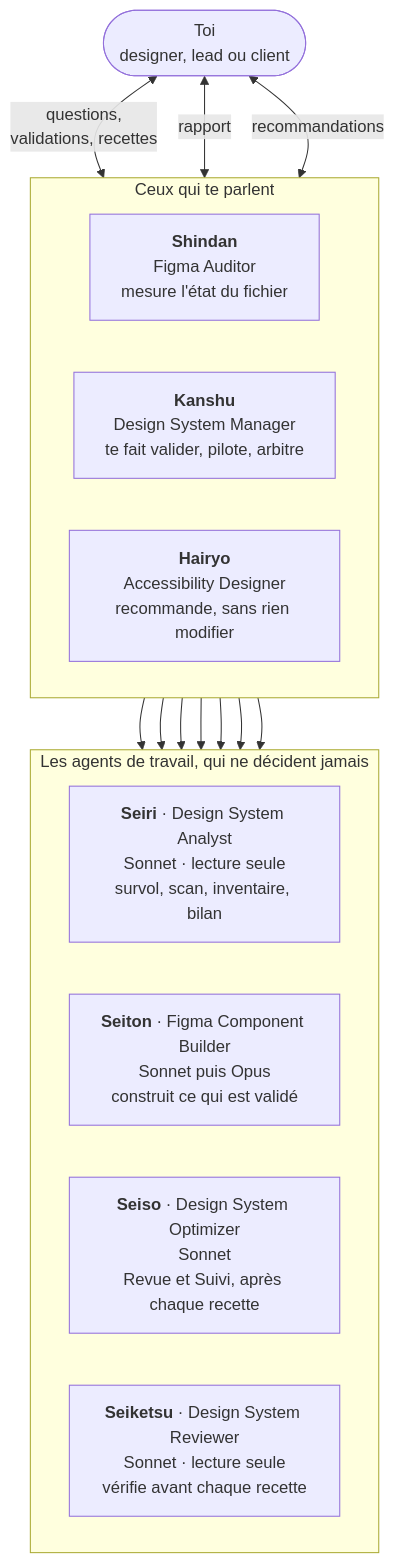
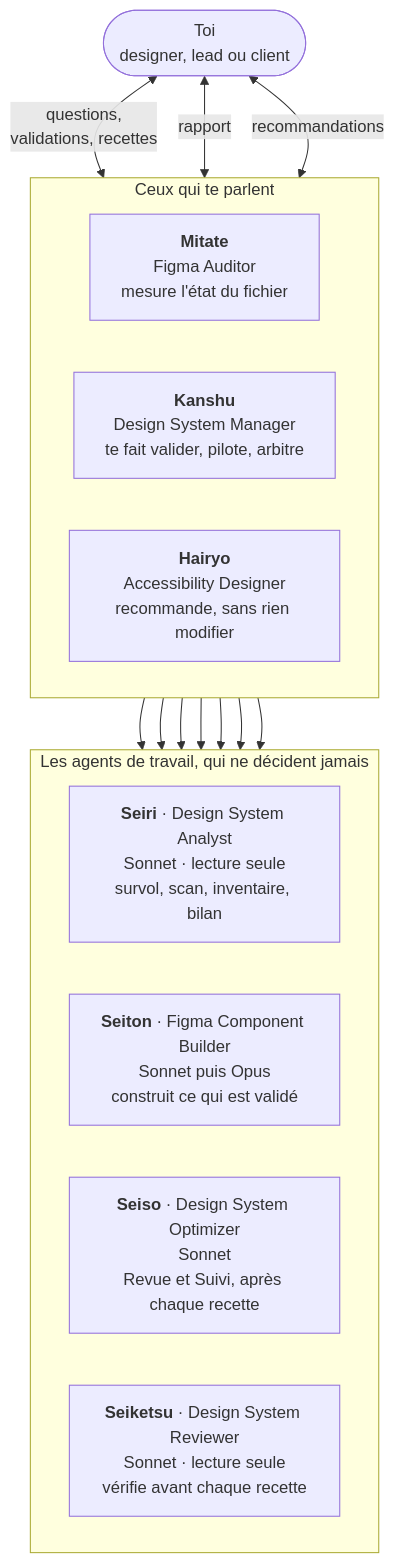
One commit to KatiroDesignStudio/figma-ui-kit changed the first of 3 diagrams in docs/fonctionnement.md. Above: the diagram before and after it, drawn with Mermaid. The commit also changed other lines of this file and 7 other files, not shown here.

First line of the commit message:
refactor: Shindan devient Mitate, règle de nommage des skills et agents

````diff
--- a/docs/fonctionnement.md
+++ b/docs/fonctionnement.md
@@ -9,30 +9,30 @@
 ```mermaid
 flowchart TB
     U(["Toi<br/>designer, lead ou client"])
 
     subgraph managers["Ceux qui te parlent"]
         direction LR
-        SH["<b>Shindan</b><br/>Figma Auditor<br/>mesure l'état du fichier"]
+        SH["<b>Mitate</b><br/>Figma Auditor<br/>mesure l'état du fichier"]
         K["<b>Kanshu</b><br/>Design System Manager<br/>te fait valider, pilote, arbitre"]
         HA["<b>Hairyo</b><br/>Accessibility Designer<br/>recommande, sans rien modifier"]
     end
 
     subgraph equipe["Les agents de travail, qui ne décident jamais"]
         direction LR
         SI["<b>Seiri</b> · Design System Analyst<br/>Sonnet · lecture seule<br/>survol, scan, inventaire, bilan"]
         ST["<b>Seiton</b> · Figma Component Builder<br/>Sonnet puis Opus<br/>construit ce qui est validé"]
         SO["<b>Seiso</b> · Design System Optimizer<br/>Sonnet<br/>Revue et Suivi, après chaque recette"]
         SK["<b>Seiketsu</b> · Design System Reviewer<br/>Sonnet · lecture seule<br/>vérifie avant chaque recette"]
     end
 
     U <-->|"questions,<br/>validations, recettes"| K
     U <-->|"rapport"| SH
     U <-->|"recommandations"| HA
     K --> SI
     K --> ST
     K --> SO
     K --> SK
     SH --> SI
     HA --> SI
     HA --> SO
 ```
````
